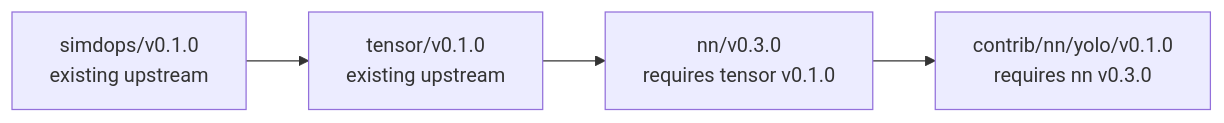
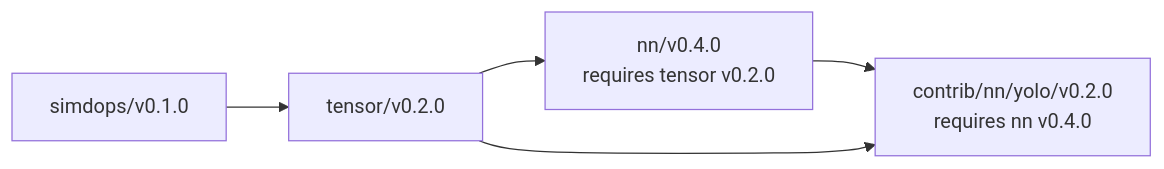
One commit to bpradana/goml changed the first of 2 diagrams in docs/releasing.md. Above: the diagram before and after it, drawn with Mermaid. The commit also changed other lines of this file and 14 other files, not shown here.

Commit message:
docs: prepare tensor v0.2.0 nn v0.4.0 and YOLO v0.2.0 releases

````diff
--- a/docs/releasing.md
+++ b/docs/releasing.md
@@ -15,6 +15,7 @@
 ```mermaid
 flowchart LR
-    SIMD["simdops/v0.1.0<br/>existing upstream"] --> Tensor["tensor/v0.1.0<br/>existing upstream"]
-    Tensor --> NN["nn/v0.3.0<br/>requires tensor v0.1.0"]
-    NN --> YOLO["contrib/nn/yolo/v0.1.0<br/>requires nn v0.3.0"]
+    SIMD["simdops/v0.1.0"] --> Tensor["tensor/v0.2.0"]
+    Tensor --> NN["nn/v0.4.0<br/>requires tensor v0.2.0"]
+    NN --> YOLO["contrib/nn/yolo/v0.2.0<br/>requires nn v0.4.0"]
+    Tensor --> YOLO
 ```
````
